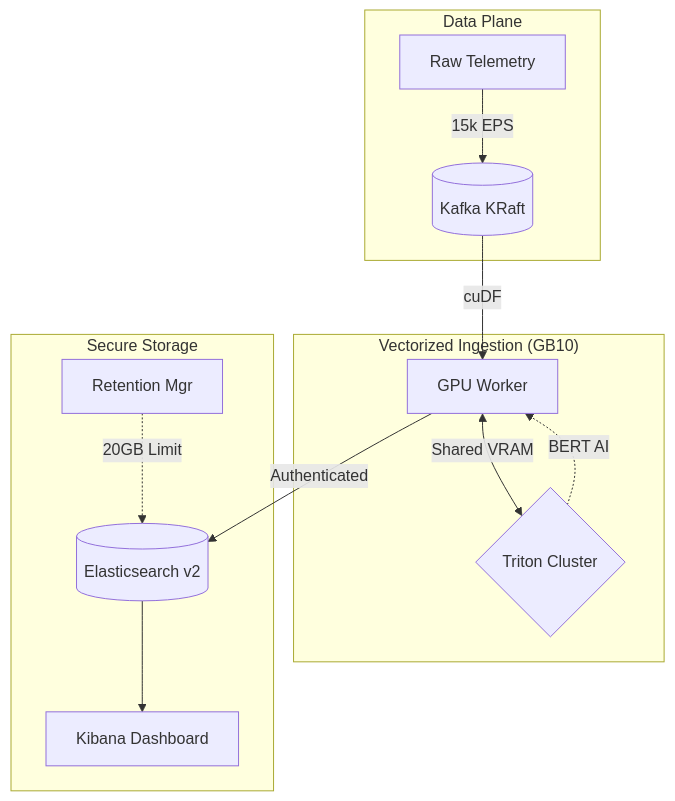
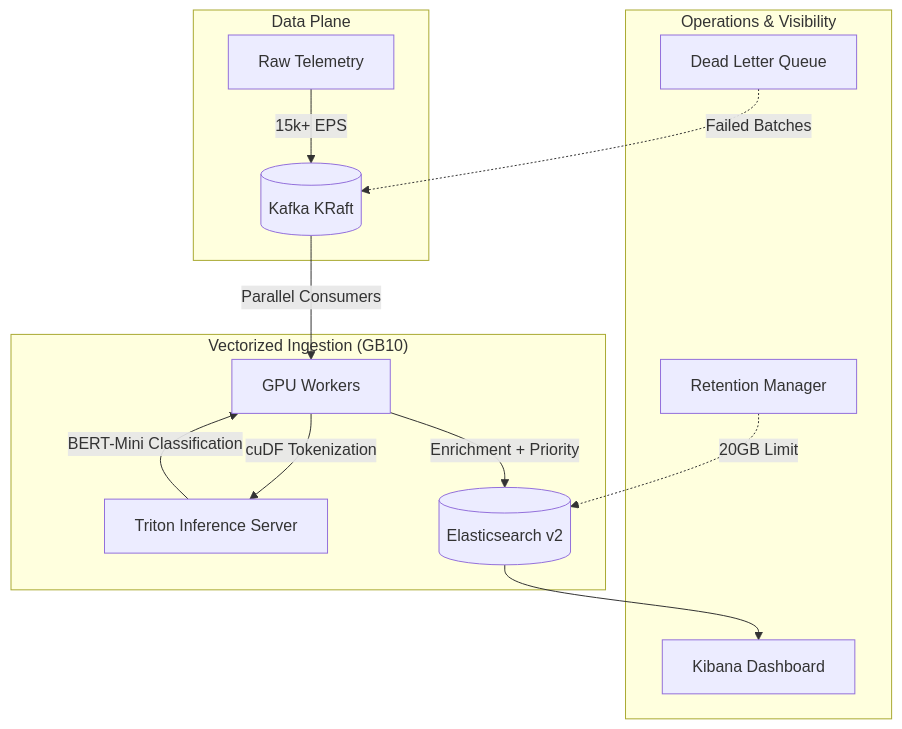
The diagram in README.md (madhivanan27/DGX-Spark-Blackwell-SIEM), drawn with Mermaid before and after one commit. The commit also changed other lines of this file, not shown here.

Commit message:
📝 Docs: Finalized 'Gold' architecture README with 'Active Detection' framing

````diff
--- a/README.md
+++ b/README.md
@@ -22,18 +74,19 @@
 ```mermaid
 graph TD
     subgraph "Data Plane"
-        A[Raw Telemetry] -->|15k EPS| B[(Kafka KRaft)]
+        A[Raw Telemetry] -->|15k+ EPS| B[(Kafka KRaft)]
     end
 
     subgraph "Vectorized Ingestion (GB10)"
-        B -->|cuDF| C[GPU Worker]
-        C <-->|Shared VRAM| D{Triton Cluster}
-        D -.->|BERT AI| C
+        B -->|Parallel Consumers| C[GPU Workers]
+        C -->|cuDF Tokenization| D[Triton Inference Server]
+        D -->|BERT-Mini Classification| C
+        C -->|Enrichment + Priority| E[(Elasticsearch v2)]
     end
 
-    subgraph "Secure Storage"
-        C -->|Authenticated| E[(Elasticsearch v2)]
+    subgraph "Operations & Visibility"
         E --> F[Kibana Dashboard]
-        G[Retention Mgr] -.->|20GB Limit| E
+        G[Retention Manager] -.->|20GB Limit| E
+        H[Dead Letter Queue] -.->|Failed Batches| B
     end
 ```
````
